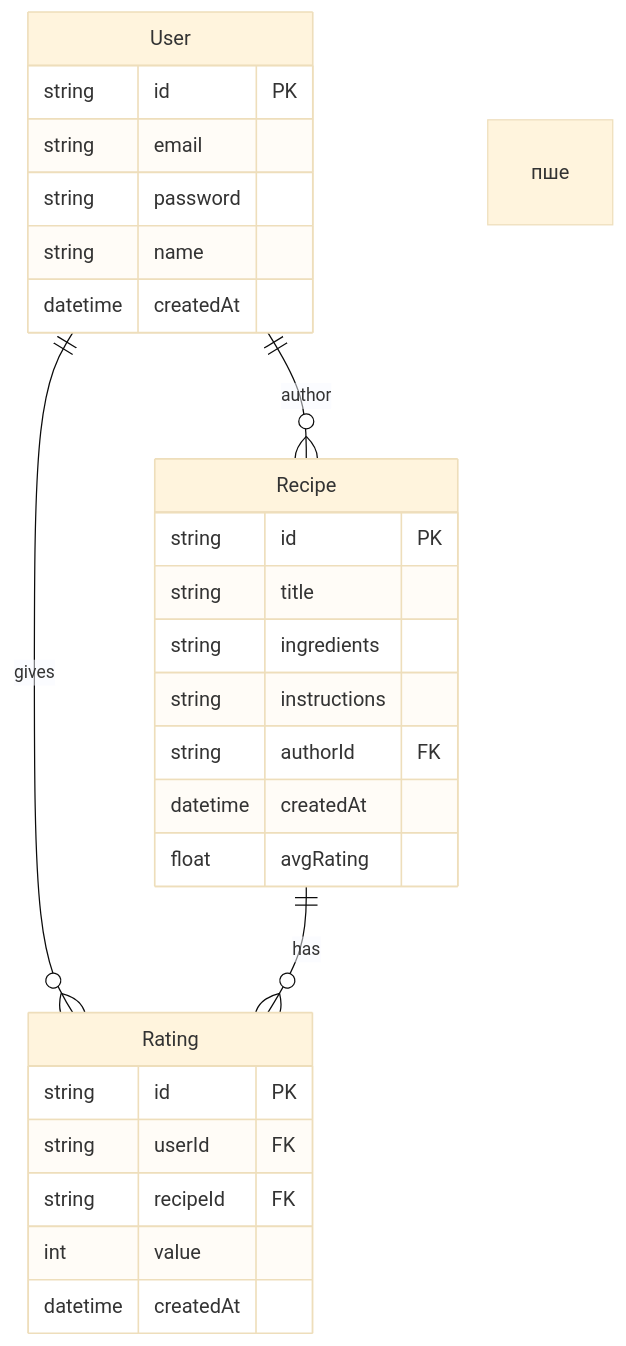
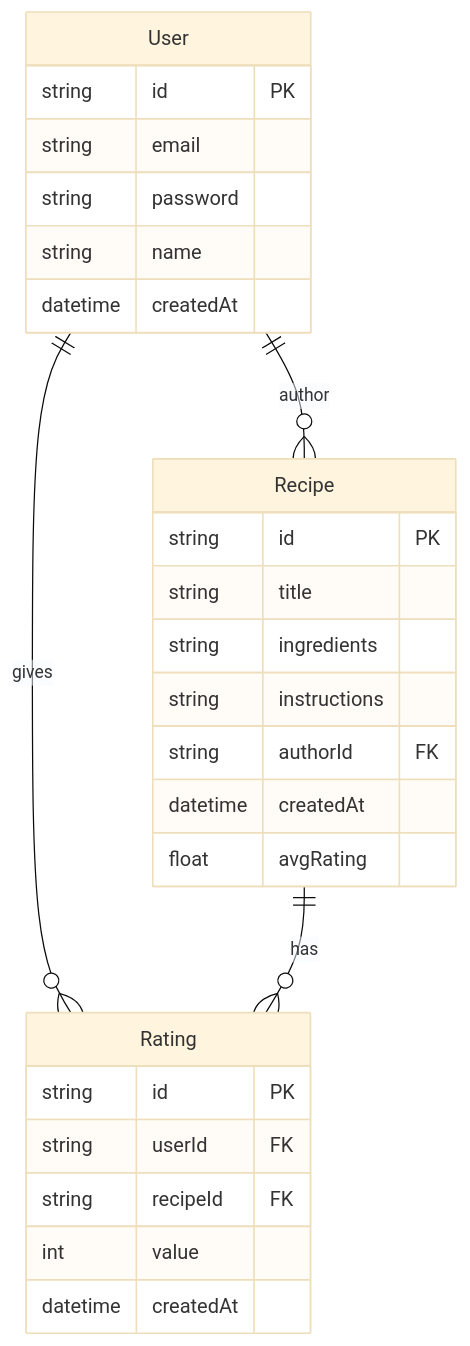
The diagram in README.md (jeklon/Test-Task-FlavorAI), drawn with Mermaid (base theme) before and after one commit.

````diff
--- a/README.md
+++ b/README.md
@@ -51,32 +51,32 @@
 ```mermaid
 erDiagram
    Recipe {
         string id PK
         string title
         string ingredients
         string instructions
         string authorId FK
         datetime createdAt
         float avgRating
    }
 
    Rating {
         string id PK
         string userId FK
         string recipeId FK
         int value
         datetime createdAt
    }
 
    User {
         string id PK
         string email
         string password
         string name
         datetime createdAt
    }
 
    User ||--o{ Recipe : "author"
    User ||--o{ Rating : "gives"
-   Recipe ||--o{ Rating : "has"пше
+   Recipe ||--o{ Rating : "has"
 ```
````
